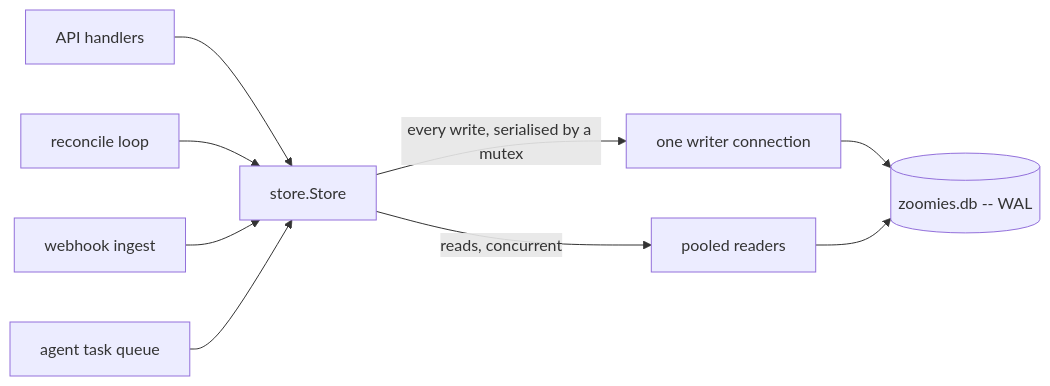
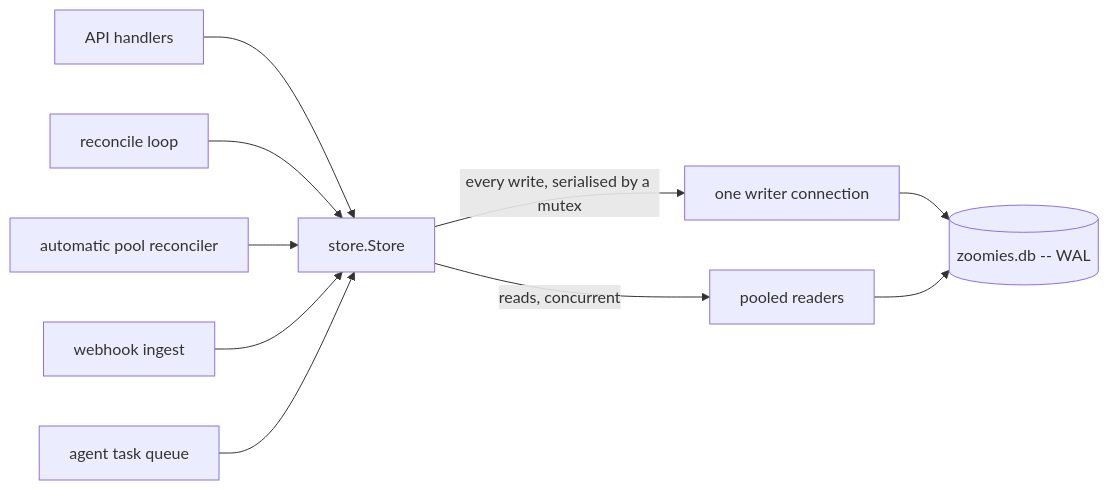
The sixth of 6 diagrams in docs/architecture.md (eyupio/Zoomies), drawn with Mermaid before and after one commit. The commit also changed other lines of this file, not shown here.

First line of the commit message:
Describe the automatic pool reconciler where the architecture page lists the controller's loops

````diff
--- a/docs/architecture.md
+++ b/docs/architecture.md
@@ -554,11 +555,12 @@
 ```mermaid
 flowchart LR
     api["API handlers"] --> st["store.Store"]
     recon["reconcile loop"] --> st
+    autopools["automatic pool reconciler"] --> st
     hooks["webhook ingest"] --> st
     agents["agent task queue"] --> st
     st -->|"every write, serialised by a mutex"| w["one writer connection"]
     st -->|"reads, concurrent"| r["pooled readers"]
     w --> db[("zoomies.db -- WAL")]
     r --> db
 ```
````
